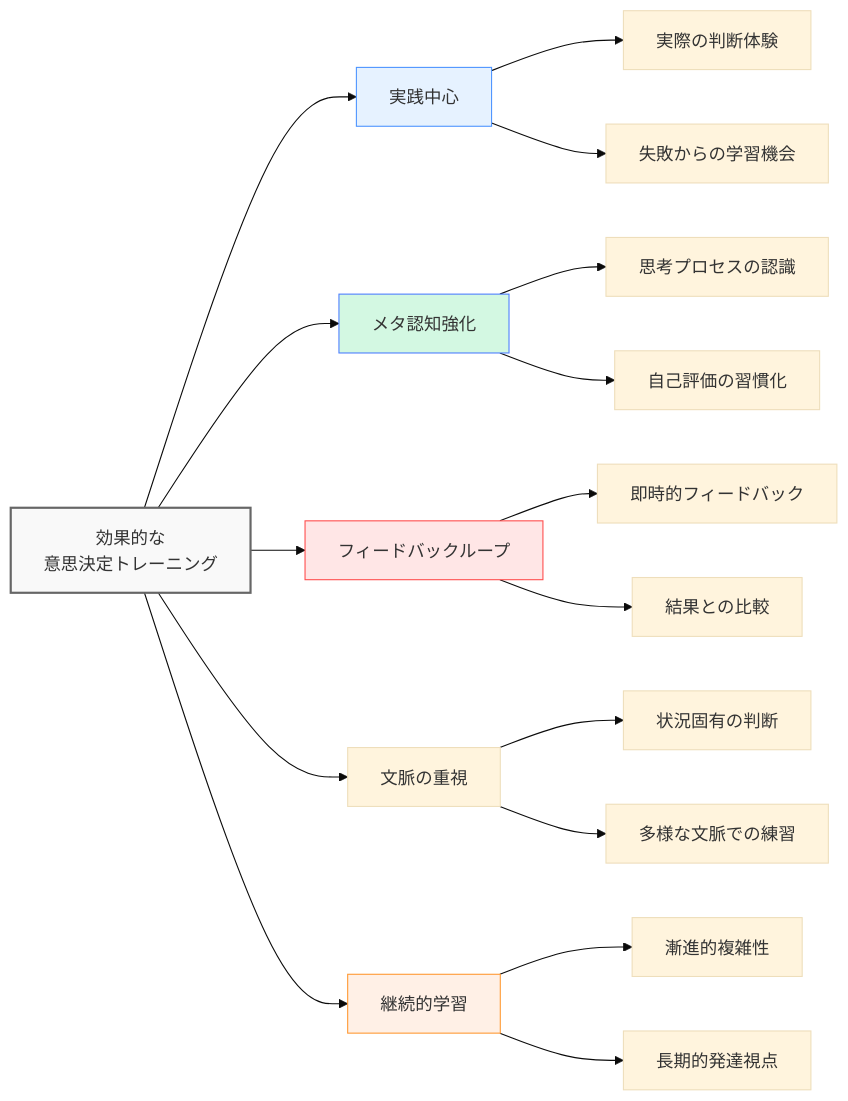
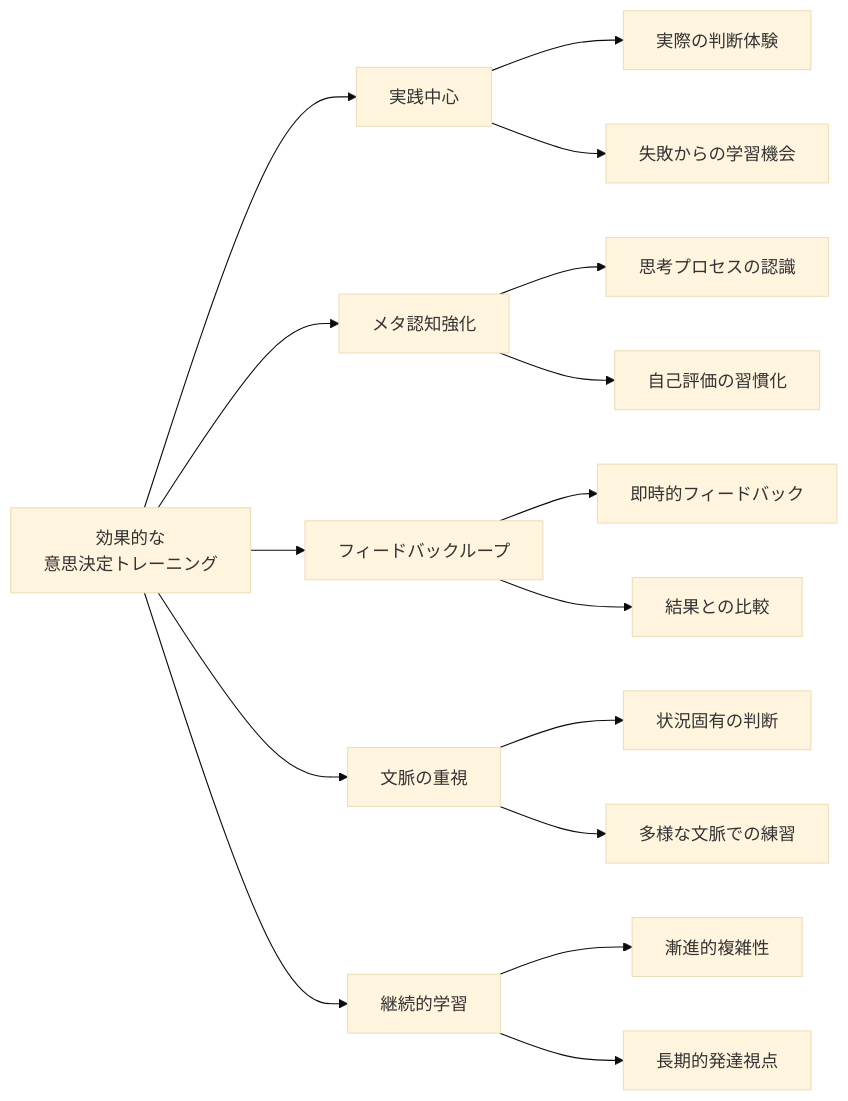
One commit to shuji-bonji/Situational-Awareness-and-Decision-Making changed the eighth of 8 diagrams in docs/decision-making-guide/decision-training.md. Above: the diagram before and after it, drawn with Mermaid (base theme). The commit also changed other lines of this file and 49 other files, not shown here.

Commit message:
fix: ダークモードで見づらい図の色の変更

````diff
--- a/docs/decision-making-guide/decision-training.md
+++ b/docs/decision-making-guide/decision-training.md
@@ -1006,29 +1006,29 @@
 ```mermaid
 graph LR
     A[効果的な<br>意思決定トレーニング] --> B[実践中心]
     A --> C[メタ認知強化]
     A --> D[フィードバックループ]
     A --> E[文脈の重視]
     A --> F[継続的学習]
     
     B --> B1[実際の判断体験]
     B --> B2[失敗からの学習機会]
     
     C --> C1[思考プロセスの認識]
     C --> C2[自己評価の習慣化]
     
     D --> D1[即時的フィードバック]
     D --> D2[結果との比較]
     
     E --> E1[状況固有の判断]
     E --> E2[多様な文脈での練習]
     
     F --> F1[漸進的複雑性]
     F --> F2[長期的発達視点]
     
-    style A fill:#f9f9f9,stroke:#666,stroke-width:2px
-    style B fill:#e6f2ff,stroke:#4d94ff
-    style C fill:#d3f8e2,stroke:#4d7fff
-    style D fill:#ffe6e6,stroke:#ff4d4d
-    style F fill:#fff0e6,stroke:#ff9933
+
+
+
+
+
 ```
````
